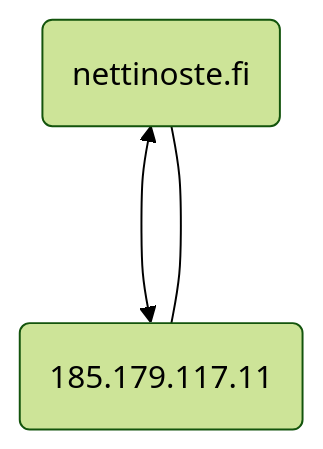
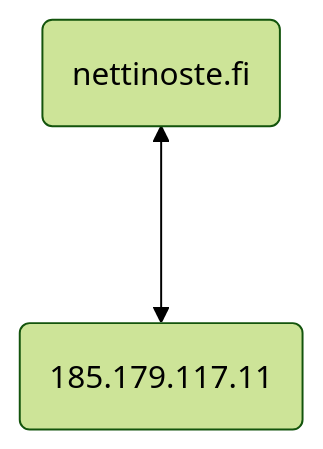
The diagram in iptodomainname.md (phdonner/verkkotunnus), drawn with Mermaid before and after one commit.

````diff
--- a/iptodomainname.md
+++ b/iptodomainname.md
@@ -1,6 +1,5 @@
 ```mermaid
 %%{init: {'theme':'forest'}}%%
 flowchart BT
-   A(185.179.117.11)    <---> B
-   B(nettinoste.fi)   --- A
+   A(185.179.117.11)    <---> B(nettinoste.fi)
 ```
````
